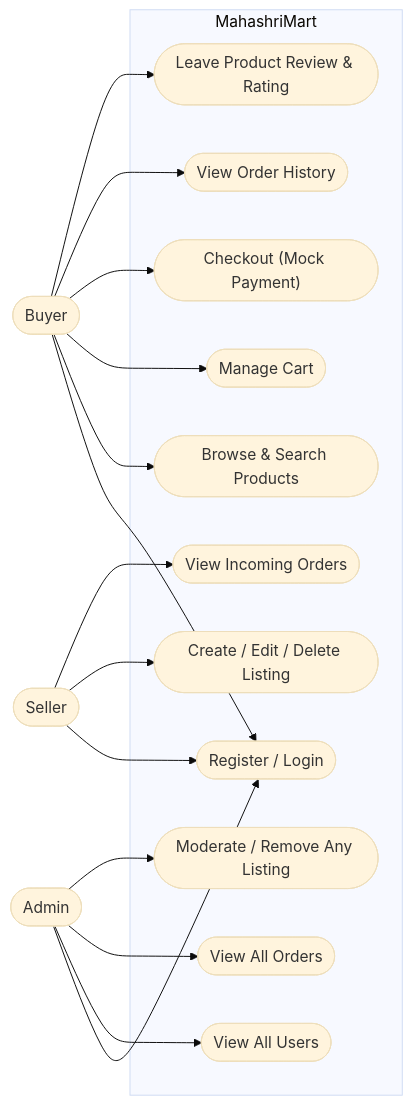
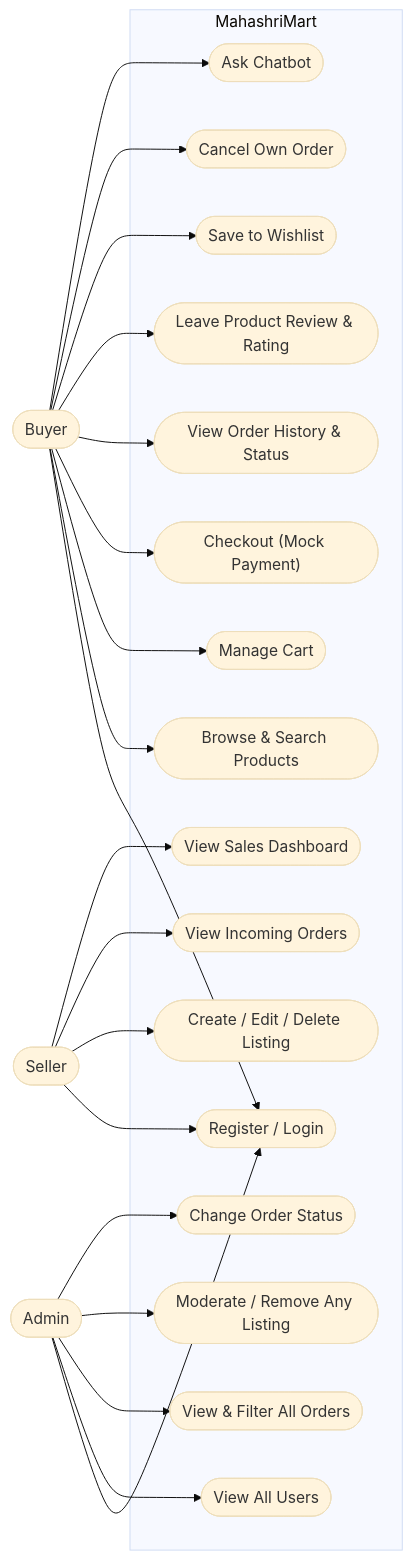
The diagram in docs/D2-UseCase-diagram.mermaid (MahashriTA-sudo/Mahashri-mart), drawn with Mermaid (base theme) before and after one commit. The commit also changed 4 other files, not shown here.

Commit message:
docs: update ER and use case diagrams for v1.4.0 and add diagram images

```diff
--- a/docs/D2-UseCase-diagram.mermaid
+++ b/docs/D2-UseCase-diagram.mermaid
@@ -1,34 +1,44 @@
 flowchart LR
     Buyer(["Buyer"])
     Seller(["Seller"])
     Admin(["Admin"])
 
     subgraph System["MahashriMart"]
         UC1(["Register / Login"])
         UC2(["Browse & Search Products"])
         UC3(["Manage Cart"])
         UC4(["Checkout (Mock Payment)"])
-        UC5(["View Order History"])
+        UC5(["View Order History & Status"])
         UC6(["Leave Product Review & Rating"])
         UC7(["Create / Edit / Delete Listing"])
         UC8(["View Incoming Orders"])
         UC9(["View All Users"])
-        UC10(["View All Orders"])
+        UC10(["View & Filter All Orders"])
         UC11(["Moderate / Remove Any Listing"])
+        UC12(["Save to Wishlist"])
+        UC13(["Cancel Own Order"])
+        UC14(["Ask Chatbot"])
+        UC15(["View Sales Dashboard"])
+        UC16(["Change Order Status"])
     end
 
     Buyer --> UC1
     Buyer --> UC2
     Buyer --> UC3
     Buyer --> UC4
     Buyer --> UC5
     Buyer --> UC6
+    Buyer --> UC12
+    Buyer --> UC13
+    Buyer --> UC14
 
     Seller --> UC1
     Seller --> UC7
     Seller --> UC8
+    Seller --> UC15
 
     Admin --> UC1
     Admin --> UC9
     Admin --> UC10
     Admin --> UC11
+    Admin --> UC16
```
